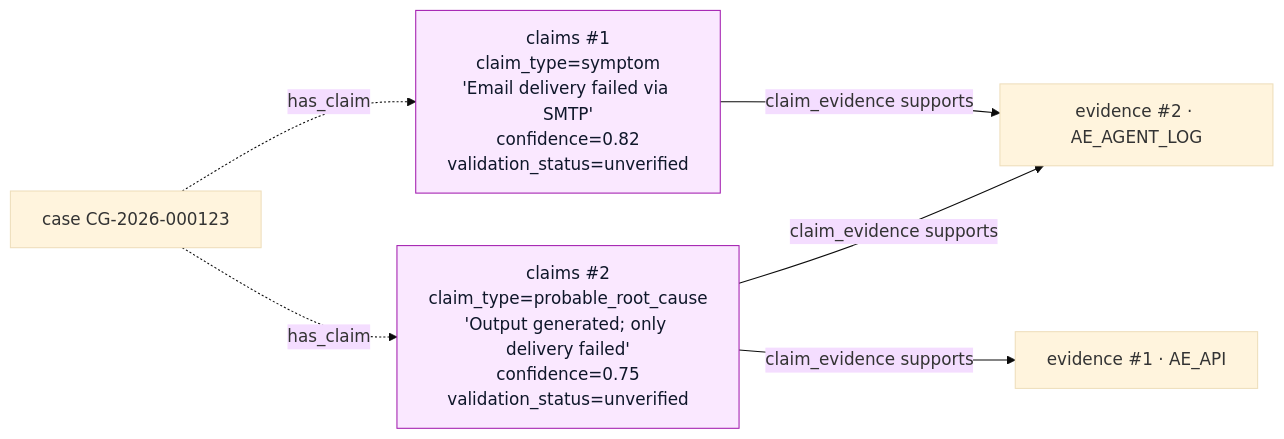
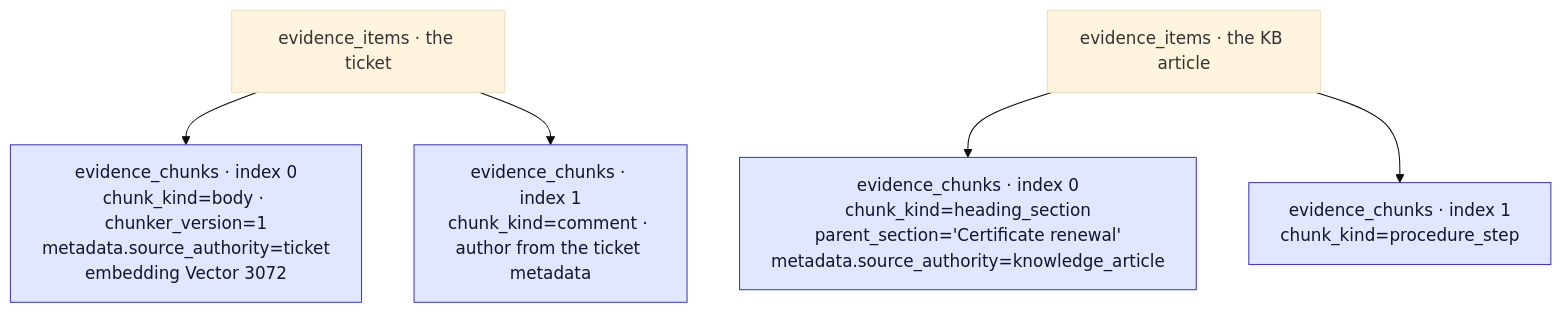
Before and after one commit to Valuedx/ContextEdge: the fifth of 22 diagrams in docs/CONTEXT_GRAPH_WALKTHROUGH.md, drawn with Mermaid (base theme). The commit also changed other lines of this file and 48 other files, not shown here.

````diff
--- a/docs/CONTEXT_GRAPH_WALKTHROUGH.md
+++ b/docs/CONTEXT_GRAPH_WALKTHROUGH.md
@@ -108,19 +139,10 @@
 ```mermaid
-graph LR
-  C1[claims #1<br/>claim_type=symptom<br/>'Email delivery failed via SMTP'<br/>confidence=0.82<br/>validation_status=unverified]
-  C2[claims #2<br/>claim_type=probable_root_cause<br/>'Output generated; only delivery failed'<br/>confidence=0.75<br/>validation_status=unverified]
+graph TD
+  EV1[evidence_items · the ticket] --> C1[evidence_chunks · index 0<br/>chunk_kind=body · chunker_version=1<br/>metadata.source_authority=ticket<br/>embedding Vector 3072]
+  EV1 --> C2[evidence_chunks · index 1<br/>chunk_kind=comment · author from the ticket metadata]
+  EV4[evidence_items · the KB article] --> C3[evidence_chunks · index 0<br/>chunk_kind=heading_section<br/>parent_section='Certificate renewal'<br/>metadata.source_authority=knowledge_article]
+  EV4 --> C4[evidence_chunks · index 1<br/>chunk_kind=procedure_step]
 
-  EV1[evidence #1 · AE_API]
-  EV2[evidence #2 · AE_AGENT_LOG]
-
-  C1 -- claim_evidence supports --> EV2
-  C2 -- claim_evidence supports --> EV1
-  C2 -- claim_evidence supports --> EV2
-
-  CASE[case CG-2026-000123]
-  CASE -. has_claim .-> C1
-  CASE -. has_claim .-> C2
-
-  classDef new fill:#fae8ff,stroke:#a21caf,color:#0f172a;
-  class C1,C2 new;
+  classDef ck fill:#e0e7ff,stroke:#4338ca,color:#0f172a;
+  class C1,C2,C3,C4 ck;
 ```
````
